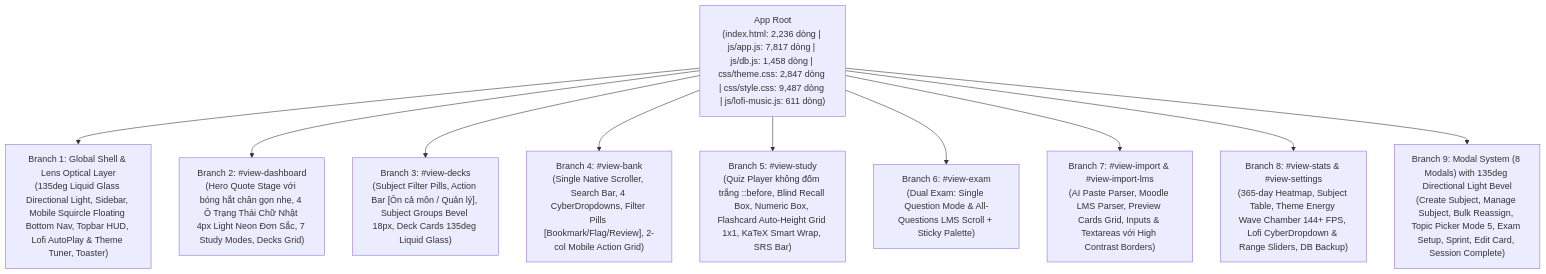
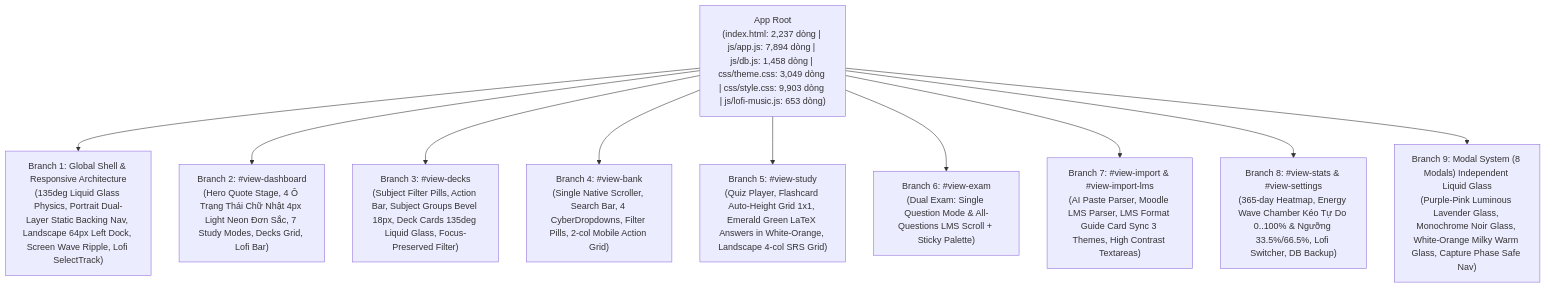
One commit to longcrpuen/tinhminhlaki changed the first of 2 diagrams in ARCHITECTURE_GRAPH.md. Above: the diagram before and after it, drawn with Mermaid. The commit also changed other lines of this file and 8 other files, not shown here.

Commit message:
feat(1o): 7 items - threshold energy wave, lofi selectTrack, 3-theme liquid glass modals, green latex, lms theme sync, mobile portrait solid backing & landscape ergonomics

````diff
--- a/ARCHITECTURE_GRAPH.md
+++ b/ARCHITECTURE_GRAPH.md
@@ -14,14 +14,14 @@
 ```mermaid
 graph TD
-    Root["App Root<br/>(index.html: 2,236 dòng | js/app.js: 7,817 dòng | js/db.js: 1,458 dòng | css/theme.css: 2,847 dòng | css/style.css: 9,487 dòng | js/lofi-music.js: 611 dòng)"]
+    Root["App Root<br/>(index.html: 2,237 dòng | js/app.js: 7,894 dòng | js/db.js: 1,458 dòng | css/theme.css: 3,049 dòng | css/style.css: 9,903 dòng | js/lofi-music.js: 653 dòng)"]
 
-    Root --> B1["Branch 1: Global Shell & Lens Optical Layer<br/>(135deg Liquid Glass Directional Light, Sidebar, Mobile Squircle Floating Bottom Nav, Topbar HUD, Lofi AutoPlay & Theme Tuner, Toaster)"]
-    Root --> B2["Branch 2: #view-dashboard<br/>(Hero Quote Stage với bóng hắt chân gọn nhẹ, 4 Ô Trạng Thái Chữ Nhật 4px Light Neon Đơn Sắc, 7 Study Modes, Decks Grid)"]
-    Root --> B3["Branch 3: #view-decks<br/>(Subject Filter Pills, Action Bar [Ôn cả môn / Quản lý], Subject Groups Bevel 18px, Deck Cards 135deg Liquid Glass)"]
-    Root --> B4["Branch 4: #view-bank<br/>(Single Native Scroller, Search Bar, 4 CyberDropdowns, Filter Pills [Bookmark/Flag/Review], 2-col Mobile Action Grid)"]
-    Root --> B5["Branch 5: #view-study<br/>(Quiz Player không đốm trắng ::before, Blind Recall Box, Numeric Box, Flashcard Auto-Height Grid 1x1, KaTeX Smart Wrap, SRS Bar)"]
+    Root --> B1["Branch 1: Global Shell & Responsive Architecture<br/>(135deg Liquid Glass Physics, Portrait Dual-Layer Static Backing Nav, Landscape 64px Left Dock, Screen Wave Ripple, Lofi SelectTrack)"]
+    Root --> B2["Branch 2: #view-dashboard<br/>(Hero Quote Stage, 4 Ô Trạng Thái Chữ Nhật 4px Light Neon Đơn Sắc, 7 Study Modes, Decks Grid, Lofi Bar)"]
+    Root --> B3["Branch 3: #view-decks<br/>(Subject Filter Pills, Action Bar, Subject Groups Bevel 18px, Deck Cards 135deg Liquid Glass, Focus-Preserved Filter)"]
+    Root --> B4["Branch 4: #view-bank<br/>(Single Native Scroller, Search Bar, 4 CyberDropdowns, Filter Pills, 2-col Mobile Action Grid)"]
+    Root --> B5["Branch 5: #view-study<br/>(Quiz Player, Flashcard Auto-Height Grid 1x1, Emerald Green LaTeX Answers in White-Orange, Landscape 4-col SRS Grid)"]
     Root --> B6["Branch 6: #view-exam<br/>(Dual Exam: Single Question Mode & All-Questions LMS Scroll + Sticky Palette)"]
-    Root --> B7["Branch 7: #view-import & #view-import-lms<br/>(AI Paste Parser, Moodle LMS Parser, Preview Cards Grid, Inputs & Textareas với High Contrast Borders)"]
-    Root --> B8["Branch 8: #view-stats & #view-settings<br/>(365-day Heatmap, Subject Table, Theme Energy Wave Chamber 144+ FPS, Lofi CyberDropdown & Range Sliders, DB Backup)"]
-    Root --> B9["Branch 9: Modal System (8 Modals) with 135deg Directional Light Bevel<br/>(Create Subject, Manage Subject, Bulk Reassign, Topic Picker Mode 5, Exam Setup, Sprint, Edit Card, Session Complete)"]
+    Root --> B7["Branch 7: #view-import & #view-import-lms<br/>(AI Paste Parser, Moodle LMS Parser, LMS Format Guide Card Sync 3 Themes, High Contrast Textareas)"]
+    Root --> B8["Branch 8: #view-stats & #view-settings<br/>(365-day Heatmap, Energy Wave Chamber Kéo Tự Do 0..100% & Ngưỡng 33.5%/66.5%, Lofi Switcher, DB Backup)"]
+    Root --> B9["Branch 9: Modal System (8 Modals) Independent Liquid Glass<br/>(Purple-Pink Luminous Lavender Glass, Monochrome Noir Glass, White-Orange Milky Warm Glass, Capture Phase Safe Nav)"]
 ```
````
